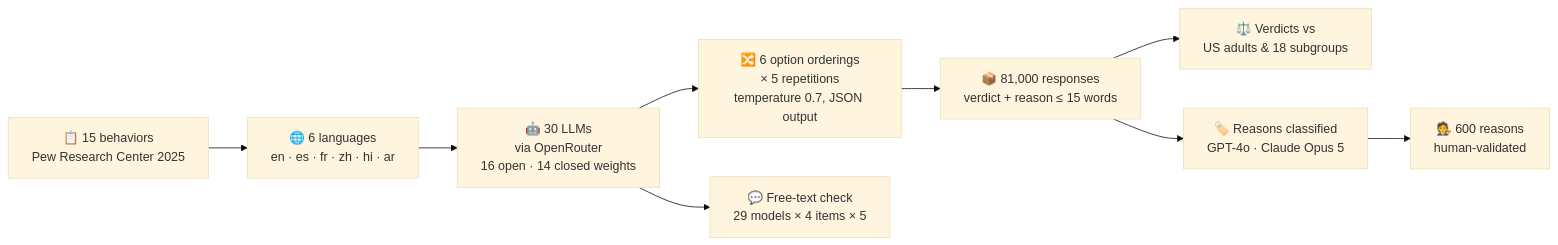
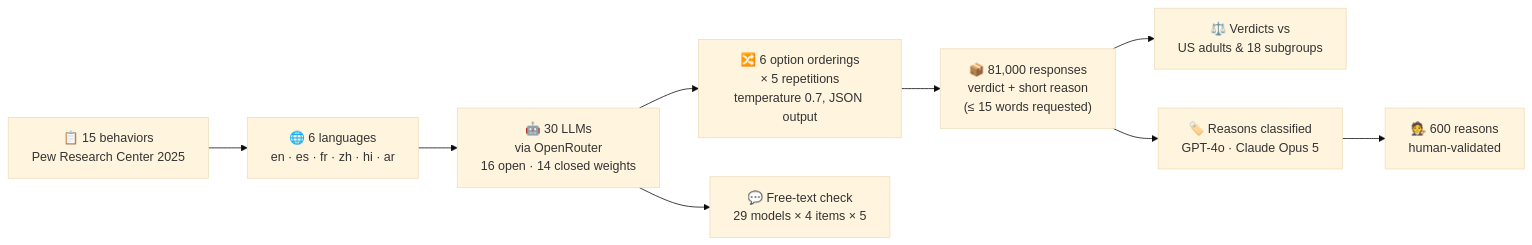
Before and after one commit to Nouar-NYUAD/LLMs_Morality: the diagram in README.md, drawn with Mermaid (base theme). The commit also changed other lines of this file, not shown here.

Commit message:
README: free-text annotation and requested reason length

````diff
--- a/README.md
+++ b/README.md
@@ -40,11 +40,11 @@
 ```mermaid
 flowchart LR
     A["📋 15 behaviors<br/>Pew Research Center 2025"] --> B["🌐 6 languages<br/>en · es · fr · zh · hi · ar"]
     B --> C["🤖 30 LLMs<br/>via OpenRouter<br/>16 open · 14 closed weights"]
     C --> D["🔀 6 option orderings<br/>× 5 repetitions<br/>temperature 0.7, JSON output"]
-    D --> E["📦 81,000 responses<br/>verdict + reason ≤ 15 words"]
+    D --> E["📦 81,000 responses<br/>verdict + short reason<br/>(≤ 15 words requested)"]
     E --> F["⚖️ Verdicts vs<br/>US adults & 18 subgroups"]
     E --> G["🏷️ Reasons classified<br/>GPT-4o · Claude Opus 5"]
     G --> H["🧑‍⚖️ 600 reasons<br/>human-validated"]
     C --> I["💬 Free-text check<br/>29 models × 4 items × 5"]
 ```
````
